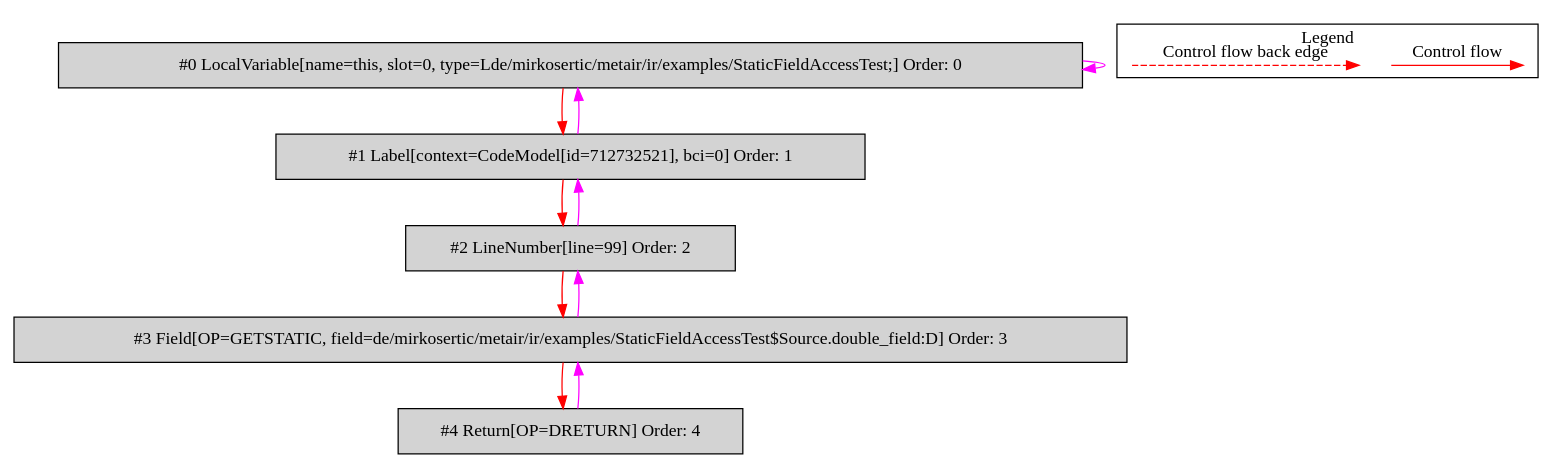
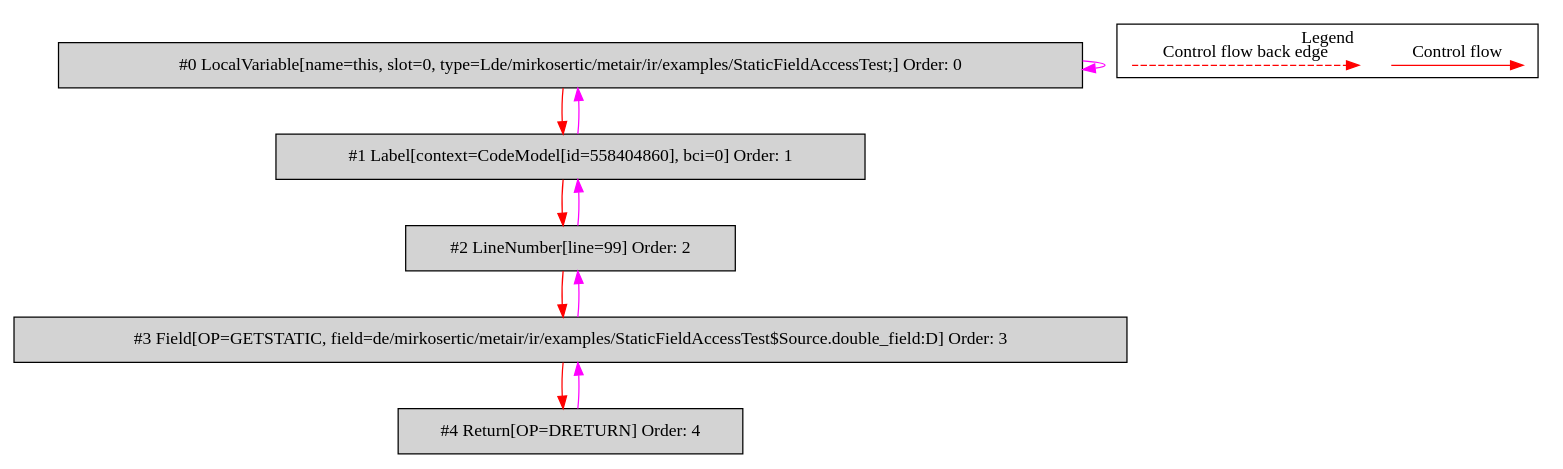
One commit to mirkosertic/MetaIR changed the diagram in de.mirkosertic.metair.ir.examples.StaticFieldAccessTest/return_double/bytecodecfg.dot. Above: the diagram before and after it, drawn with Graphviz. The commit also changed 1232 other files, not shown here.

```diff
--- a/de.mirkosertic.metair.ir.examples.StaticFieldAccessTest/return_double/bytecodecfg.dot
+++ b/de.mirkosertic.metair.ir.examples.StaticFieldAccessTest/return_double/bytecodecfg.dot
@@ -1,31 +1,31 @@
 digraph {
  ordering="in";
  node0[label="#0 LocalVariable[name=this, slot=0, type=Lde/mirkosertic/metair/ir/examples/StaticFieldAccessTest;] Order: 0", shape=box, fillcolor=lightgrey, style=filled];
- node1[label="#1 Label[context=CodeModel[id=712732521], bci=0] Order: 1", shape=box, fillcolor=lightgrey, style=filled];
+ node1[label="#1 Label[context=CodeModel[id=558404860], bci=0] Order: 1", shape=box, fillcolor=lightgrey, style=filled];
  node2[label="#2 LineNumber[line=99] Order: 2", shape=box, fillcolor=lightgrey, style=filled];
  node3[label="#3 Field[OP=GETSTATIC, field=de/mirkosertic/metair/ir/examples/StaticFieldAccessTest$Source.double_field:D] Order: 3", shape=box, fillcolor=lightgrey, style=filled];
  node4[label="#4 Return[OP=DRETURN] Order: 4", shape=box, fillcolor=lightgrey, style=filled];
  node0 -> node0[color=fuchsia];
  node0 -> node1[color=red];
  node1 -> node0[color=fuchsia];
  node1 -> node2[color=red];
  node2 -> node1[color=fuchsia];
  node2 -> node3[color=red];
  node3 -> node2[color=fuchsia];
  node3 -> node4[color=red];
  node4 -> node3[color=fuchsia];
  subgraph cluster_000 {
   label = "Legend";
   node [shape=point]
   {
    rank=same;
    c0 [style = invis];
    c1 [style = invis];
    c2 [style = invis];
    c3 [style = invis];
   }
   c0 -> c1 [label="Control flow", style=solid, color=red]
   c2 -> c3 [label="Control flow back edge", style=dashed, color=red]
  }
 
 }
```
